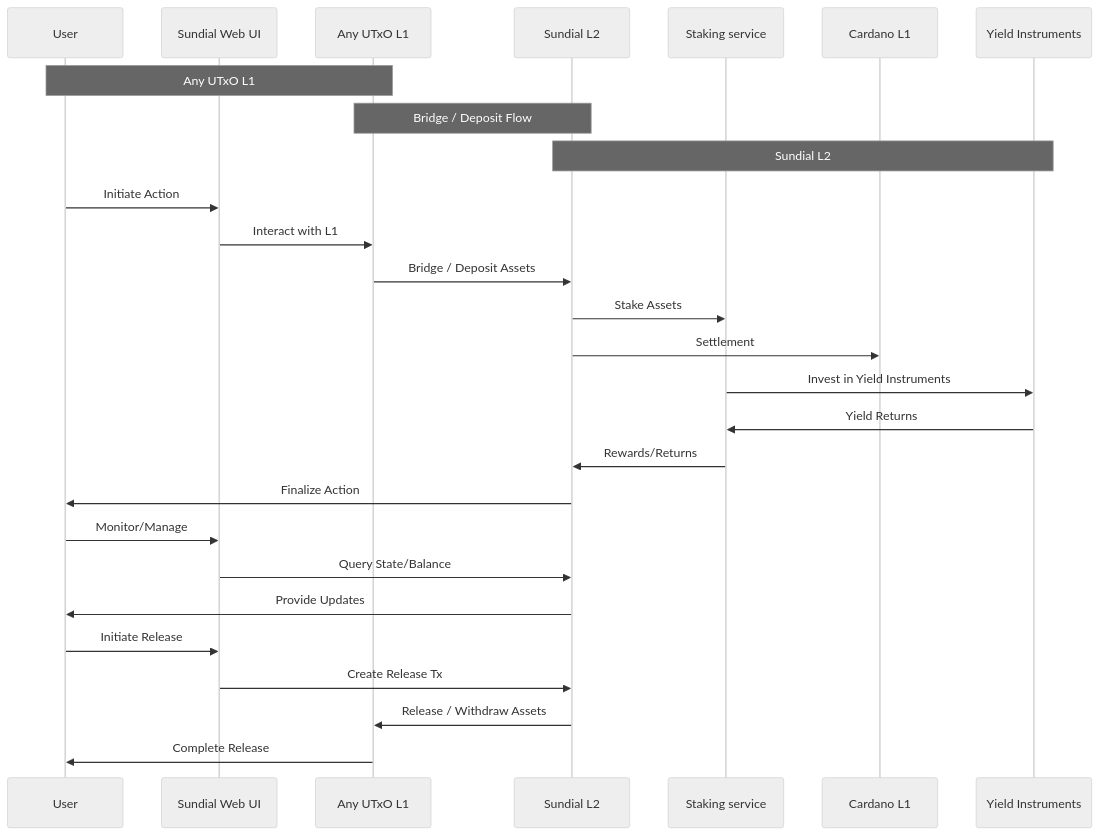
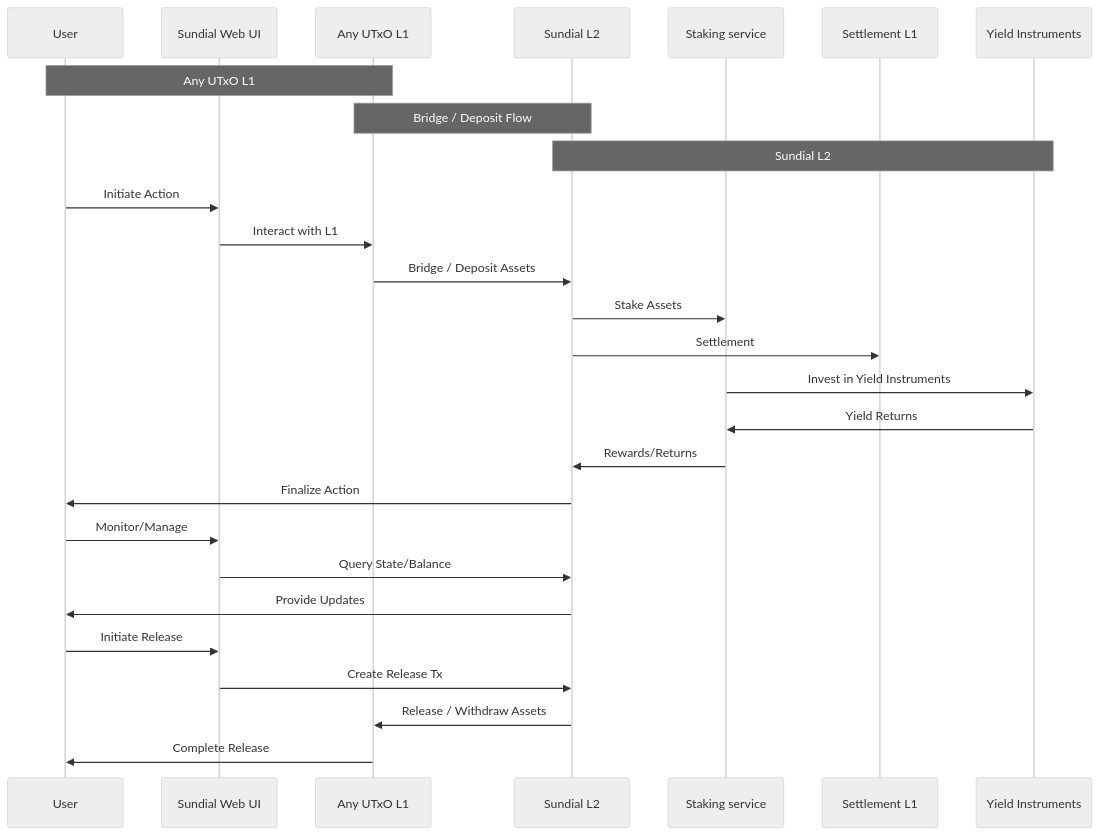
The first of 5 diagrams in architecture/layers/blueprint.md (sundial-protocol/internal-docs), drawn with Mermaid (neutral theme) before and after one commit. The commit also changed other lines of this file and 10 other files, not shown here.

Commit message:
architecture docs refinement

````diff
--- a/architecture/layers/blueprint.md
+++ b/architecture/layers/blueprint.md
@@ -9,34 +9,34 @@
 ```mermaid
 sequenceDiagram
     participant User
     participant UI as Sundial Web UI
     participant L1 as Any UTxO L1
     participant L2 as Sundial L2
     participant Stake as Staking service
-    participant CL1 as Cardano L1
+    participant CL1 as Settlement L1
     participant Yield as Yield Instruments
 
     Note over User, L1: Any UTxO L1
     Note over L1, L2: Bridge / Deposit Flow
     Note over L2, Yield: Sundial L2
 
     User->>UI: Initiate Action
     UI->>L1: Interact with L1
     L1->>L2: Bridge / Deposit Assets
     L2->>Stake: Stake Assets
     L2->>CL1: Settlement
     Stake->>Yield: Invest in Yield Instruments
     Yield->>Stake: Yield Returns
     Stake->>L2: Rewards/Returns
     L2->>User: Finalize Action
 
     User->>UI: Monitor/Manage
     UI->>L2: Query State/Balance
     L2->>User: Provide Updates
 
     User->>UI: Initiate Release
     UI->>L2: Create Release Tx
     L2->>L1: Release / Withdraw Assets
     L1->>User: Complete Release
 
 ```
````
